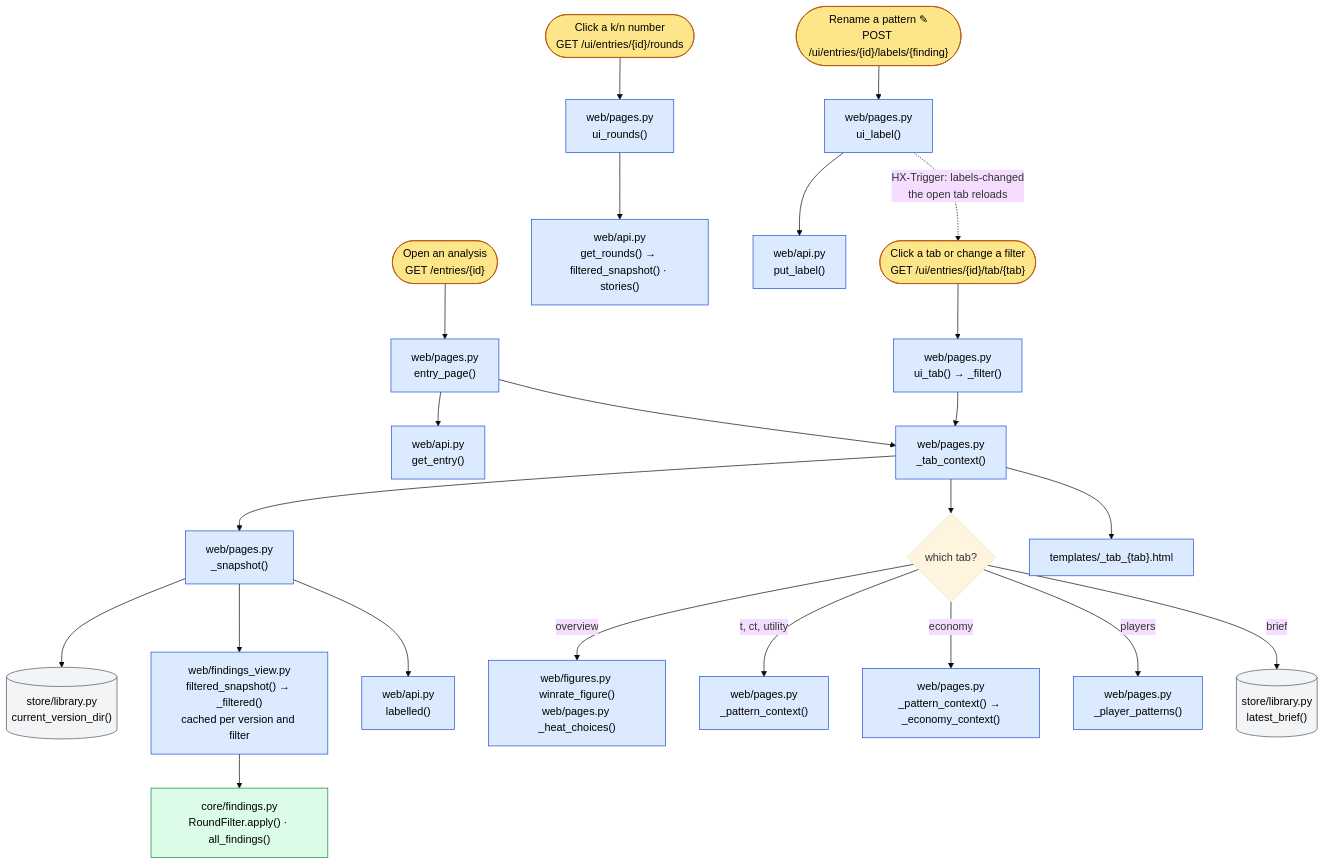
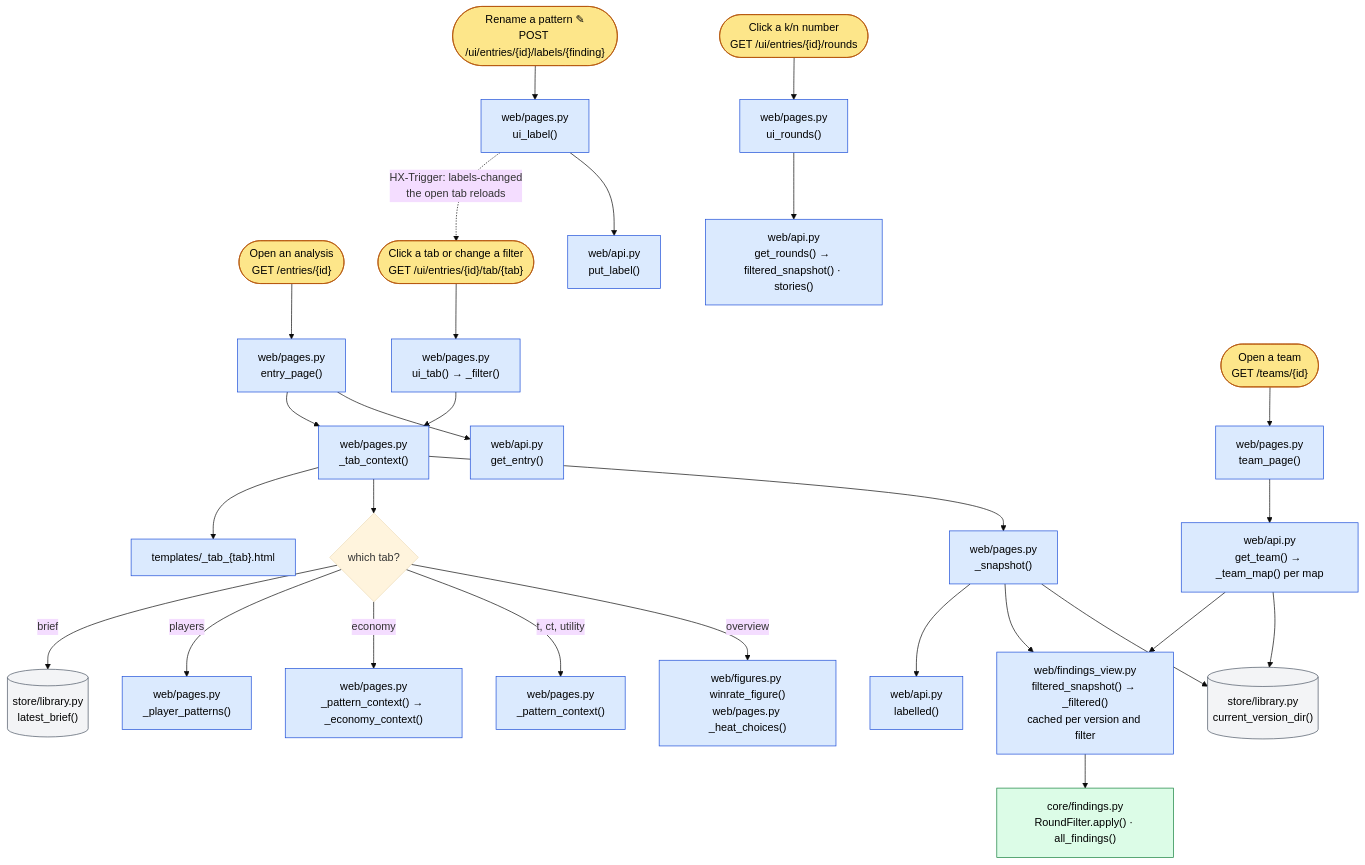
Before and after one commit to GeorgeMac06/CS2-demo-analyser: the sixth of 8 diagrams in docs/workflows/call-graph.md, drawn with Mermaid (base theme). The commit also changed 10 other files, not shown here.

First line of the commit message:
Add a team page: all maps for one team

````diff
--- a/docs/workflows/call-graph.md
+++ b/docs/workflows/call-graph.md
@@ -193,31 +193,35 @@
 ```mermaid
 flowchart TD
   U1(["Open an analysis<br/>GET /entries/{id}"]):::user --> EP["web/pages.py<br/>entry_page()"]:::web
   U2(["Click a tab or change a filter<br/>GET /ui/entries/{id}/tab/{tab}"]):::user --> UT["web/pages.py<br/>ui_tab() → _filter()"]:::web
   EP --> GE["web/api.py<br/>get_entry()"]:::web
+  U0(["Open a team<br/>GET /teams/{id}"]):::user --> TP["web/pages.py<br/>team_page()"]:::web
+  TP --> GT["web/api.py<br/>get_team() → _team_map() per map"]:::web
+  GT --> VD
+  GT --> FS
   EP --> TC
   UT --> TC["web/pages.py<br/>_tab_context()"]:::web
   TC --> SN["web/pages.py<br/>_snapshot()"]:::web
   SN --> VD[("store/library.py<br/>current_version_dir()")]:::store
   SN --> FS["web/findings_view.py<br/>filtered_snapshot() → _filtered()<br/>cached per version and filter"]:::web
   FS --> RF["core/findings.py<br/>RoundFilter.apply() · all_findings()"]:::core
   SN --> LB["web/api.py<br/>labelled()"]:::web
   TC --> Q{"which tab?"}
   Q -->|"overview"| OV["web/figures.py winrate_figure()<br/>web/pages.py _heat_choices()"]:::web
   Q -->|"t, ct, utility"| PC["web/pages.py<br/>_pattern_context()"]:::web
   Q -->|"economy"| EC["web/pages.py<br/>_pattern_context() → _economy_context()"]:::web
   Q -->|"players"| PP["web/pages.py<br/>_player_patterns()"]:::web
   Q -->|"brief"| BR[("store/library.py<br/>latest_brief()")]:::store
   TC --> PG["templates/_tab_{tab}.html"]:::web
 
   U3(["Click a k/n number<br/>GET /ui/entries/{id}/rounds"]):::user --> UR["web/pages.py<br/>ui_rounds()"]:::web
   UR --> GR["web/api.py<br/>get_rounds() → filtered_snapshot() · stories()"]:::web
   U4(["Rename a pattern ✎<br/>POST /ui/entries/{id}/labels/{finding}"]):::user --> UL["web/pages.py<br/>ui_label()"]:::web
   UL --> PL["web/api.py<br/>put_label()"]:::web
   UL -.->|"HX-Trigger: labels-changed<br/>the open tab reloads"| U2
 
   classDef user fill:#fde68a,stroke:#b45309,color:#000
   classDef web fill:#dbeafe,stroke:#1d4ed8,color:#000
   classDef core fill:#dcfce7,stroke:#15803d,color:#000
   classDef store fill:#f3f4f6,stroke:#4b5563,color:#000
 ```
````
